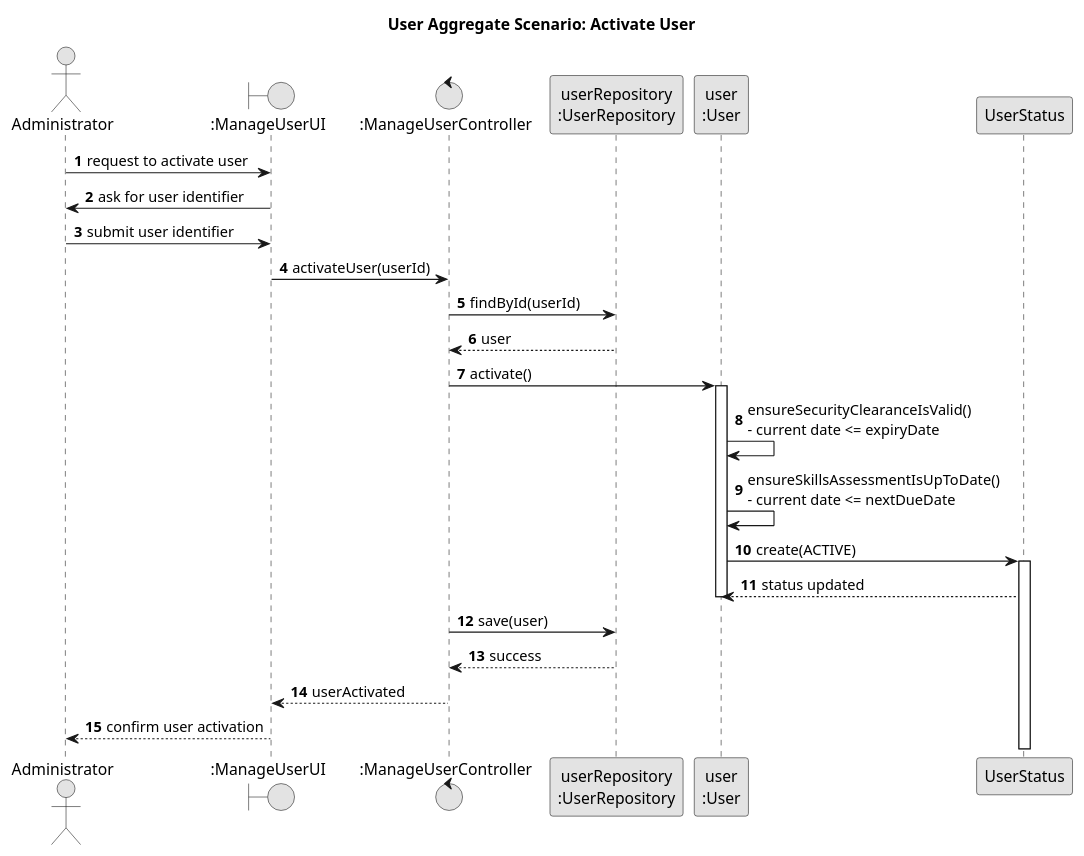
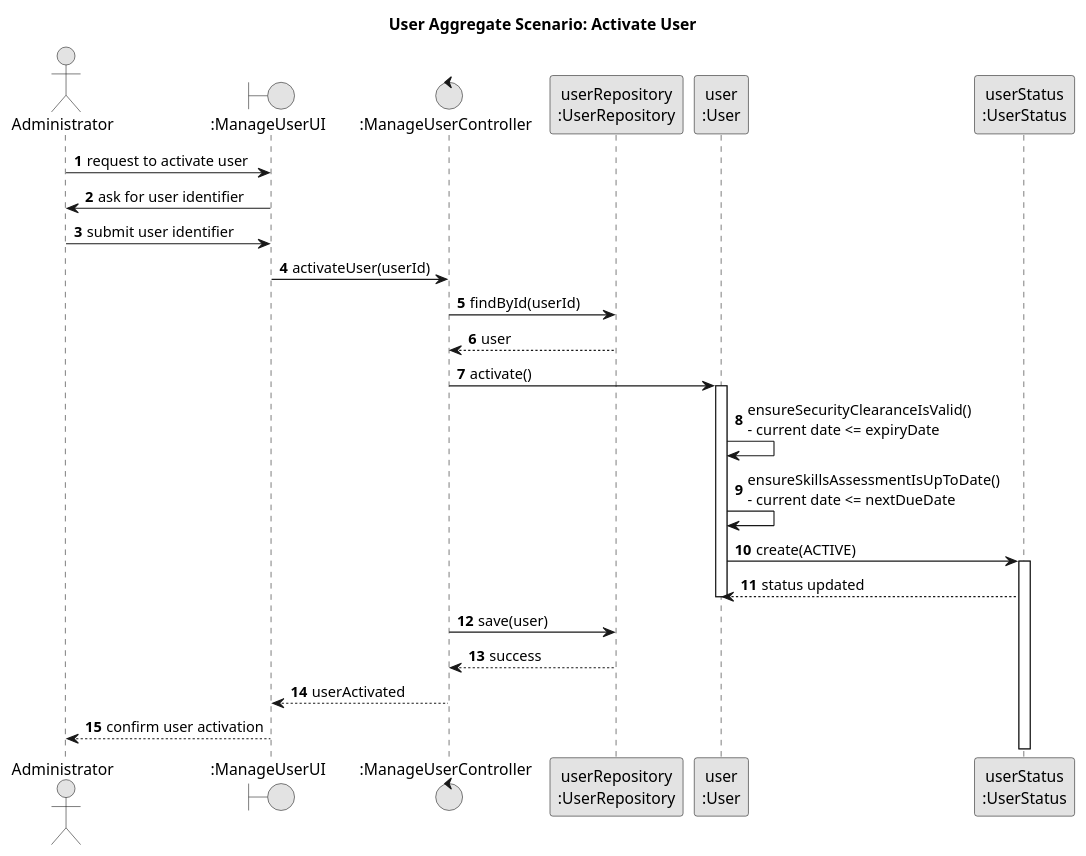
One commit to GustavoFerreira24/flight-management-platform changed the diagram in docs/global-artifacts/03.design/puml/UserAggregate-SD.puml. Above: the diagram before and after it, drawn with PlantUML. The commit also changed 5 other files, not shown here.

```diff
--- a/docs/global-artifacts/03.design/puml/UserAggregate-SD.puml
+++ b/docs/global-artifacts/03.design/puml/UserAggregate-SD.puml
@@ -1,42 +1,43 @@
 @startuml
 title User Aggregate Scenario: Activate User
 
 skinparam monochrome true
 skinparam packageStyle rectangle
 skinparam shadowing false
 
 autonumber
 
 actor "Administrator" as Admin
 boundary ":ManageUserUI" as UI
 control ":ManageUserController" as C
 participant "userRepository\n:UserRepository" as UserRepo
 participant "user\n:User" as User
+participant "userStatus\n:UserStatus" as UserStatus
 
 Admin -> UI : request to activate user
 UI -> Admin : ask for user identifier
 
 Admin -> UI : submit user identifier
 UI -> C : activateUser(userId)
 
 C -> UserRepo : findById(userId)
 UserRepo --> C : user
 
 C -> User : activate()
 
 activate User
 
 User -> User : ensureSecurityClearanceIsValid()\n- current date <= expiryDate
 User -> User : ensureSkillsAssessmentIsUpToDate()\n- current date <= nextDueDate
 User -> UserStatus ++ : create(ACTIVE)
 UserStatus --> User : status updated
 
 deactivate User
 
 C -> UserRepo : save(user)
 UserRepo --> C : success
 
 C --> UI : userActivated
 UI --> Admin : confirm user activation
 
 @enduml
```
